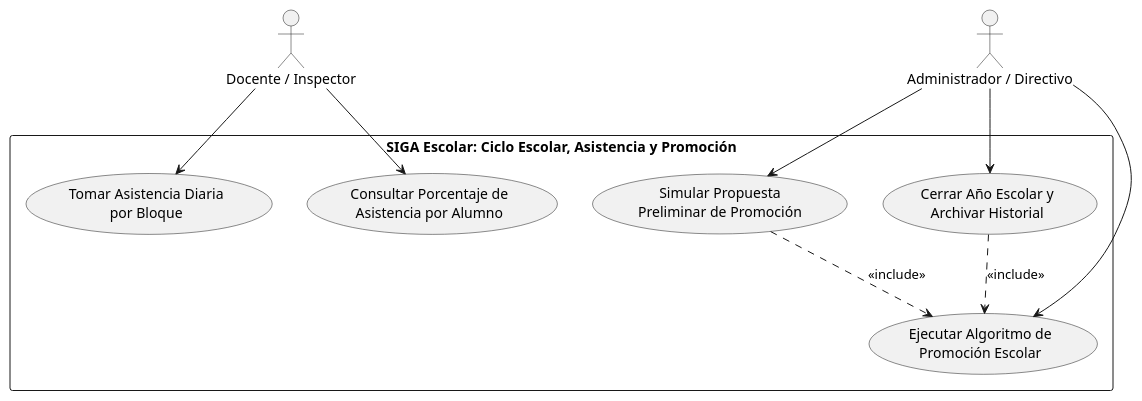
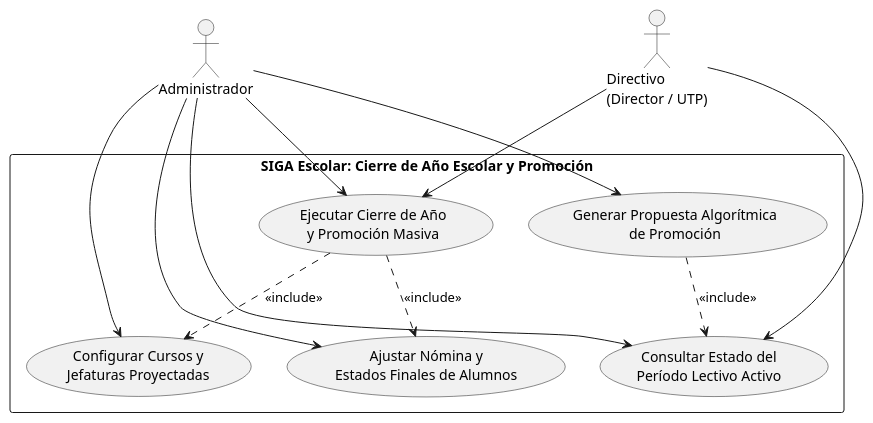
One commit to MAcevedo91/DOCS-SIGA-escolar changed the seventh of 11 diagrams in Estructura/08_Evidencia_Tecnica_de_Avance/diagramas/casos de uso/CASOS_DE_USO_UML.md. Above: the diagram before and after it, drawn with PlantUML. The commit also changed other lines of this file and 14 other files, not shown here.

Commit message:
docs(diagramas): actualizar casos de uso UML 2.5 a 10 paquetes y reorganizar diagramas exportados

````diff
--- a/Estructura/08_Evidencia_Tecnica_de_Avance/diagramas/casos de uso/CASOS_DE_USO_UML.md
+++ b/Estructura/08_Evidencia_Tecnica_de_Avance/diagramas/casos de uso/CASOS_DE_USO_UML.md
@@ -322,26 +327,29 @@
 ```plantuml
 @startuml
 skinparam packageStyle rectangle
 skinparam shadowing false
 
-actor "Docente / Inspector" as Doc
-actor "Administrador / Directivo" as Admin
+actor "Administrador" as Admin
+actor "Directivo\n(Director / UTP)" as Dir
 
-rectangle "SIGA Escolar: Ciclo Escolar, Asistencia y Promoción" {
-  usecase "Tomar Asistencia Diaria\npor Bloque" as CU601
-  usecase "Consultar Porcentaje de\nAsistencia por Alumno" as CU602
-  usecase "Simular Propuesta\nPreliminar de Promoción" as CU603
-  usecase "Ejecutar Algoritmo de\nPromoción Escolar" as CU604
-  usecase "Cerrar Año Escolar y\nArchivar Historial" as CU605
+rectangle "SIGA Escolar: Cierre de Año Escolar y Promoción" {
+  usecase "Consultar Estado del\nPeríodo Lectivo Activo" as CU601
+  usecase "Generar Propuesta Algorítmica\nde Promoción" as CU602
+  usecase "Ajustar Nómina y\nEstados Finales de Alumnos" as CU603
+  usecase "Configurar Cursos y\nJefaturas Proyectadas" as CU604
+  usecase "Ejecutar Cierre de Año\ny Promoción Masiva" as CU605
 }
 
-Doc --> CU601
-Doc --> CU602
+Admin --> CU601
+Admin --> CU602
 Admin --> CU603
 Admin --> CU604
 Admin --> CU605
+Dir --> CU601
+Dir --> CU605
 
-CU603 ..> CU604 : <<include>>
+CU602 ..> CU601 : <<include>>
+CU605 ..> CU603 : <<include>>
 CU605 ..> CU604 : <<include>>
 @enduml
 ```
````
